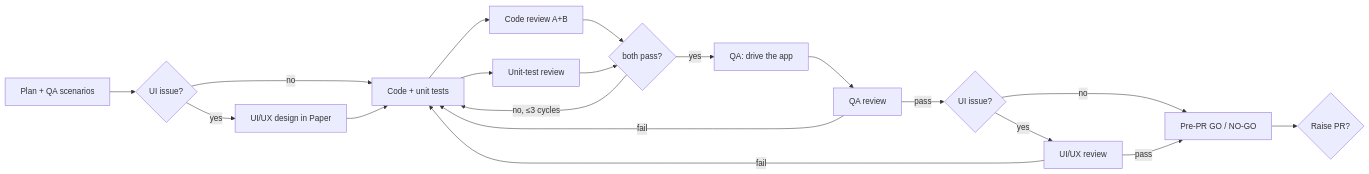
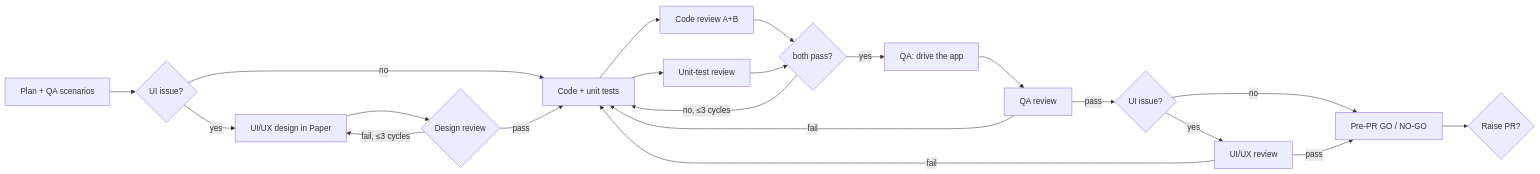
The third of 3 diagrams in SOFTWARE-FACTORY.md (prajwal-hebbar-07/dotfiles), drawn with Mermaid before and after one commit. The commit also changed other lines of this file, not shown here.

First line of the commit message:
docs(SOFTWARE-FACTORY): split UI review, add factory-design-review, log open work

````diff
--- a/SOFTWARE-FACTORY.md
+++ b/SOFTWARE-FACTORY.md
@@ -374,21 +381,23 @@
 ```mermaid
 flowchart LR
   P[Plan + QA scenarios] --> D{UI issue?}
   D -- yes --> UX[UI/UX design in Paper]
   D -- no --> C
-  UX --> C[Code + unit tests]
+  UX --> DR{Design review}
+  DR -- fail, ≤3 cycles --> UX
+  DR -- pass --> C[Code + unit tests]
   C --> CR[Code review A+B]
   C --> TR[Unit-test review]
   CR --> J1{both pass?}
   TR --> J1
   J1 -- no, ≤3 cycles --> C
   J1 -- yes --> QA[QA: drive the app]
   QA --> QR[QA review]
   QR -- fail --> C
   QR -- pass --> UR{UI issue?}
   UR -- yes --> UXR[UI/UX review]
   UR -- no --> GO
   UXR -- fail --> C
   UXR -- pass --> GO[Pre-PR GO / NO-GO]
   GO --> ASK{Raise PR?}
 ```
````
